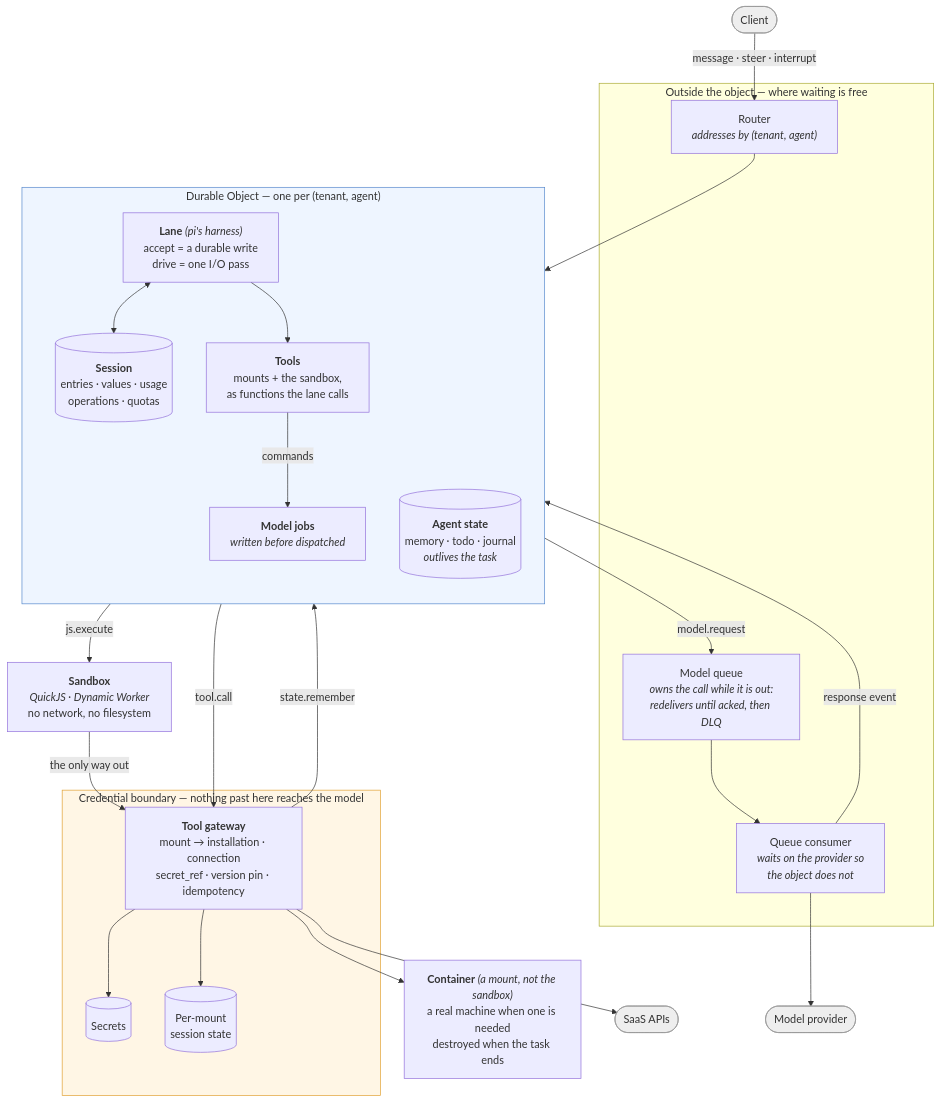
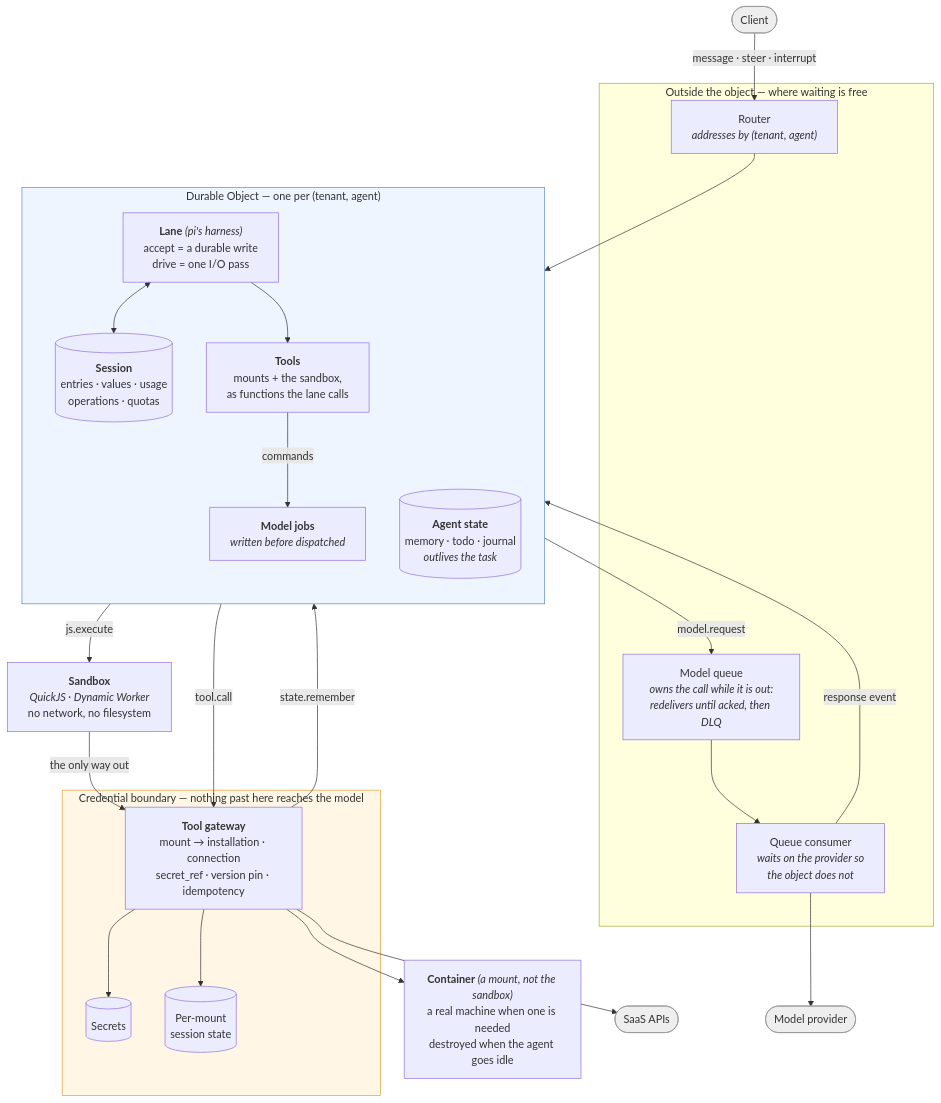
The diagram in README.md (botiverse/antiproton), drawn with Mermaid before and after one commit. The commit also changed other lines of this file, not shown here.

First line of the commit message:
README: a container is released on the agent's scope, not when a task ends

````diff
--- a/README.md
+++ b/README.md
@@ -104,52 +109,52 @@
 ```mermaid
 flowchart TB
     client([Client]):::ext
 
     subgraph edge["Outside the object — where waiting is free"]
         router["Router<br/><i>addresses by (tenant, agent)</i>"]
         queue["Model queue<br/><i>owns the call while it is out:<br/>redelivers until acked, then DLQ</i>"]
         consumer["Queue consumer<br/><i>waits on the provider so<br/>the object does not</i>"]
     end
 
     subgraph object["Durable Object — one per (tenant, agent)"]
         direction TB
         lane["<b>Lane</b> <i>(pi's harness)</i><br/>accept = a durable write<br/>drive = one I/O pass"]
         harness["<b>Tools</b><br/>mounts + the sandbox,<br/>as functions the lane calls"]
         cmd["<b>Model jobs</b><br/><i>written before dispatched</i>"]
         store[("<b>Session</b><br/>entries · values · usage<br/>operations · quotas")]
         memory[("<b>Agent state</b><br/>memory · todo · journal<br/><i>outlives the task</i>")]
     end
 
     subgraph trust["Credential boundary — nothing past here reaches the model"]
         gateway["<b>Tool gateway</b><br/>mount → installation · connection<br/>secret_ref · version pin · idempotency"]
         secrets[("Secrets")]
         conn[("Per-mount<br/>session state")]
     end
 
     sandbox["<b>Sandbox</b><br/><i>QuickJS · Dynamic Worker</i><br/>no network, no filesystem"]
-    box["<b>Container</b> <i>(a mount, not the sandbox)</i><br/>a real machine when one is needed<br/>destroyed when the task ends"]
+    box["<b>Container</b> <i>(a mount, not the sandbox)</i><br/>a real machine when one is needed<br/>destroyed when the agent goes idle"]
     saas([SaaS APIs]):::ext
     provider([Model provider]):::ext
 
     client -->|"message · steer · interrupt"| router
     router --> lane
     lane <--> store
     lane --> harness
     harness -->|commands| cmd
     cmd -->|model.request| queue
     queue --> consumer
     consumer -->|"response event"| store
     consumer --> provider
     cmd -->|tool.call| gateway
     cmd -->|js.execute| sandbox
     sandbox -->|"the only way out"| gateway
     gateway --> secrets
     gateway --> conn
     gateway --> saas
     gateway --> box
     gateway -->|"state.remember"| memory
 
     classDef ext fill:#eee,stroke:#999,color:#333;
     style trust fill:#fff6e5,stroke:#e0a030
     style object fill:#eef5ff,stroke:#5588cc
 ```
````
